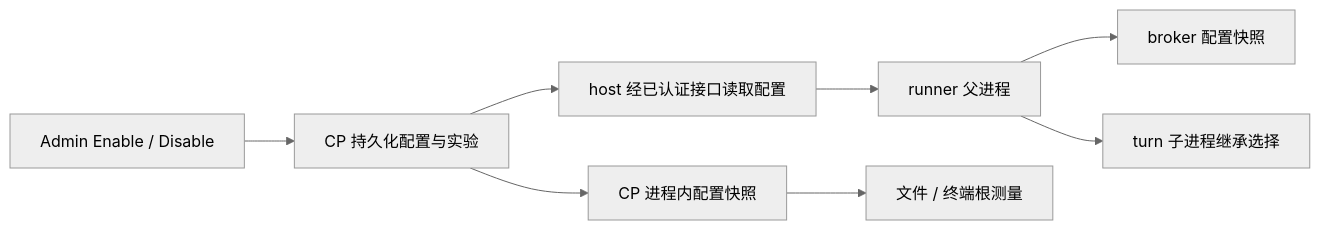
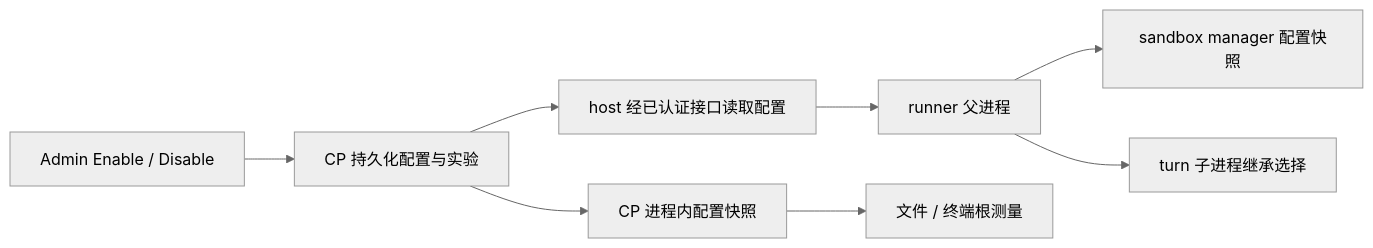
One commit to B-A-M-N/hybridInference-cloud-agent-1 changed the diagram in docs/specs/2026-09-21-admin-measurement-runtime-control-design.zh-CN.md. Above: the diagram before and after it, drawn with Mermaid (neutral theme). The commit also changed other lines of this file and 264 other files, not shown here.

First line of the commit message:
refactor: rename Workspace Broker to Sandbox Manager (#575)

````diff
--- a/docs/specs/2026-09-21-admin-measurement-runtime-control-design.zh-CN.md
+++ b/docs/specs/2026-09-21-admin-measurement-runtime-control-design.zh-CN.md
@@ -196,10 +196,10 @@
 ```mermaid
 flowchart LR
     UI[Admin Enable / Disable] --> DB[CP 持久化配置与实验]
     DB --> CP[CP 进程内配置快照]
     DB --> HOST[host 经已认证接口读取配置]
     HOST --> RUNNER[runner 父进程]
-    RUNNER --> BROKER[broker 配置快照]
+    RUNNER --> SANDBOX_MANAGER[sandbox manager 配置快照]
     RUNNER --> CHILD[turn 子进程继承选择]
     CP --> ROOT[文件 / 终端根测量]
 ```
````
